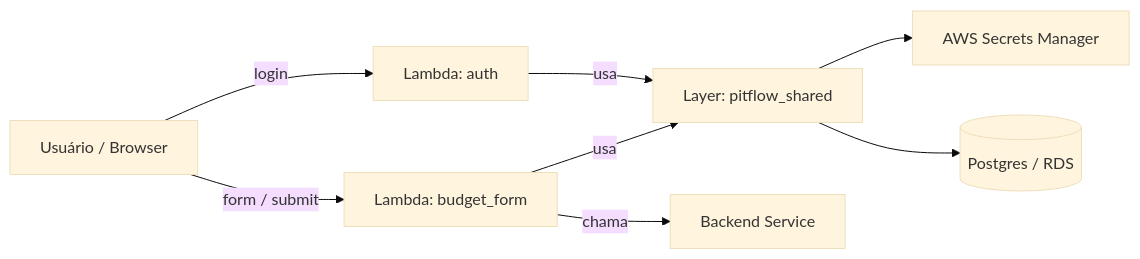
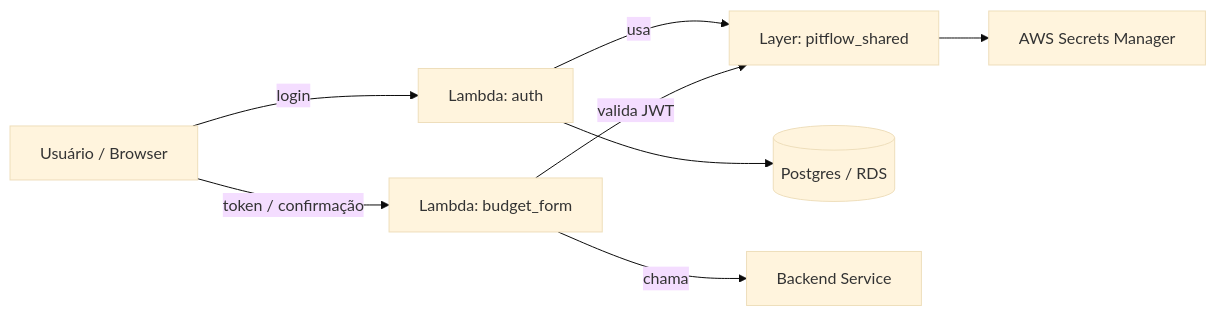
One commit to pitflow-so/pitflow-lambdas changed the diagram in README.md. Above: the diagram before and after it, drawn with Mermaid (base theme). The commit also changed other lines of this file and 8 other files, not shown here.

Commit message:
chore: ajusted budget form to validade token and calims

````diff
--- a/README.md
+++ b/README.md
@@ -124,11 +124,11 @@
 ```mermaid
 graph LR
-	User[Usuário / Browser] -->|form / submit| FormLambda[Lambda: budget_form]
+	User[Usuário / Browser] -->|token / confirmação| FormLambda[Lambda: budget_form]
 	User -->|login| AuthLambda[Lambda: auth]
 	AuthLambda -->|usa| Layer[Layer: pitflow_shared]
-	FormLambda -->|usa| Layer
+	FormLambda -->|valida JWT| Layer
 	Layer --> Secrets[AWS Secrets Manager]
-	Layer --> Postgres[(Postgres / RDS)]
+	AuthLambda --> Postgres[(Postgres / RDS)]
 	FormLambda -->|chama| Backend[Backend Service]
   
 ```
````
